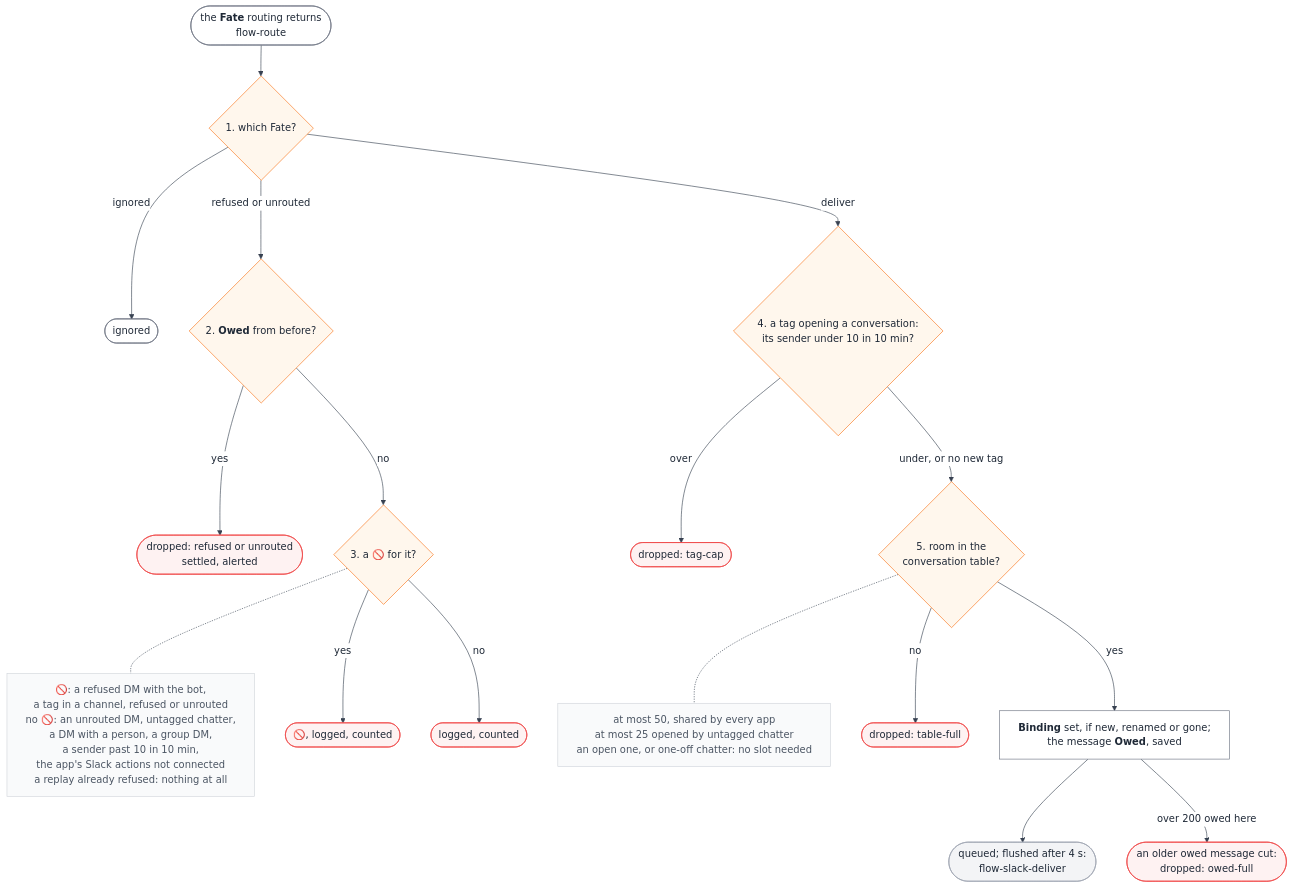
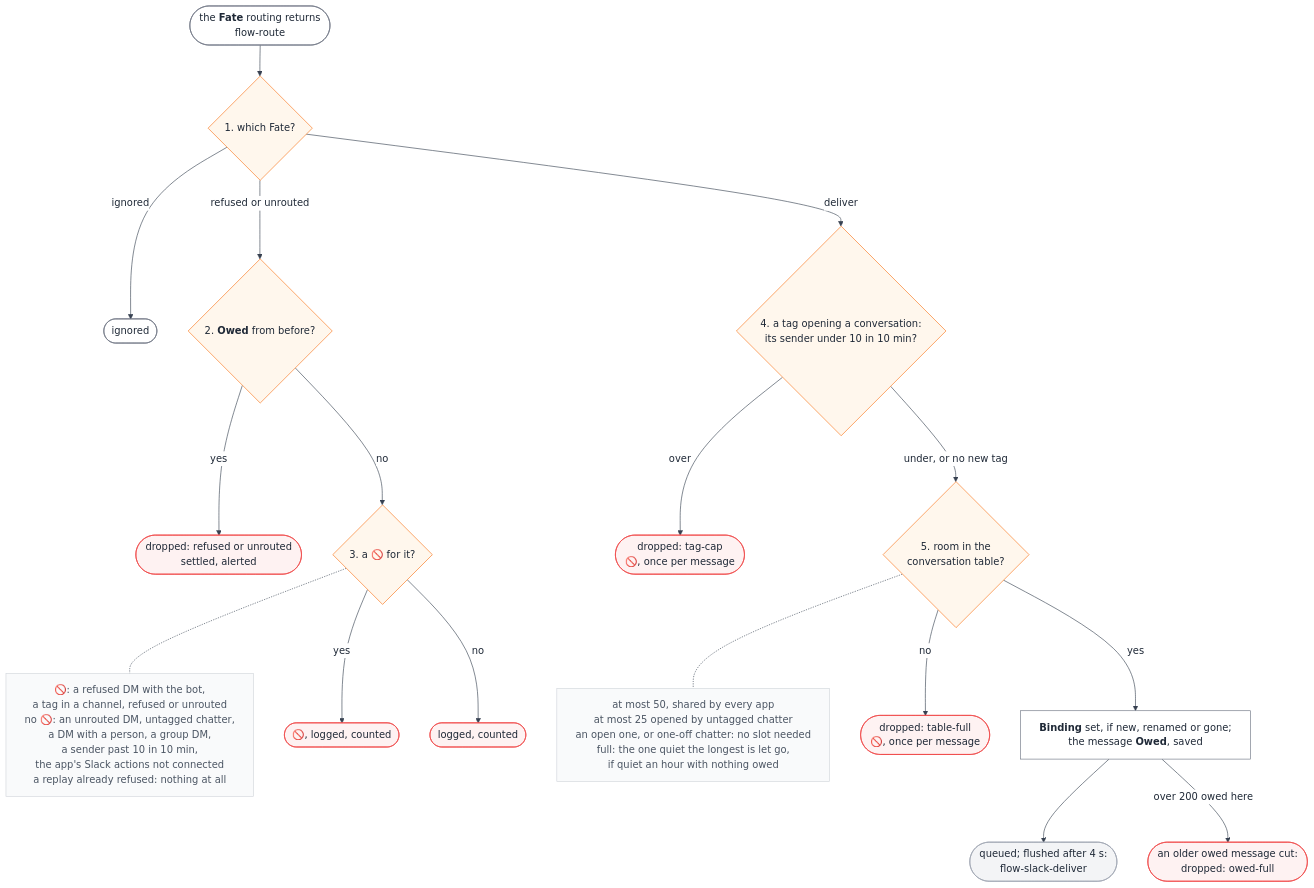
Before and after one commit to sf8193/hydra: the diagram in diagrams/flow-slack-fate.mmd, drawn with Mermaid. The commit also changed 5 other files, not shown here.

First line of the commit message:
Slack: a full conversation table lets go of the one quiet the longest; a dropped tag gets the 🚫

```diff
--- a/diagrams/flow-slack-fate.mmd
+++ b/diagrams/flow-slack-fate.mmd
@@ -1,49 +1,49 @@
 %%{init: {"theme":"base","themeVariables":{"background":"#ffffff","primaryColor":"#ffffff","primaryBorderColor":"#6b7280","primaryTextColor":"#1f2937","lineColor":"#374151","clusterBkg":"#ffffff","clusterBorder":"#d1d5db"},"flowchart":{"wrappingWidth":420,"useMaxWidth":false}}}%%
 %% What does the Slack connector do with each Fate routing returns?
 %% ConversationTable.classify after route(), connectors/slack/watch.ts:834-871; refuse, :954; enqueue, :920.
 %% Before: flow-route. Next: flow-slack-deliver. Every box's source: diagrams/flow-slack-fate.sources.md.
 flowchart TD
   in(["the <b>Fate</b> routing returns<br/>flow-route"])
   g1{"1. which Fate?"}
   ign(["ignored"])
   g2{"2. <b>Owed</b> from before?"}
   rdrop(["dropped: refused or unrouted<br/>settled, alerted"])
   g3{"3. a 🚫 for it?"}
   n3["🚫: a refused DM with the bot,<br/>a tag in a channel, refused or unrouted<br/>no 🚫: an unrouted DM, untagged chatter,<br/>a DM with a person, a group DM,<br/>a sender past 10 in 10 min,<br/>the app's Slack actions not connected<br/>a replay already refused: nothing at all"]
   react(["🚫, logged, counted"])
   quiet(["logged, counted"])
   g4{"4. a tag opening a conversation:<br/>its sender under 10 in 10 min?"}
-  tdrop(["dropped: tag-cap"])
+  tdrop(["dropped: tag-cap<br/>🚫, once per message"])
   g5{"5. room in the<br/>conversation table?"}
-  n5["at most 50, shared by every app<br/>at most 25 opened by untagged chatter<br/>an open one, or one-off chatter: no slot needed"]
-  fdrop(["dropped: table-full"])
+  n5["at most 50, shared by every app<br/>at most 25 opened by untagged chatter<br/>an open one, or one-off chatter: no slot needed<br/>full: the one quiet the longest is let go,<br/>if quiet an hour with nothing owed"]
+  fdrop(["dropped: table-full<br/>🚫, once per message"])
   owe["<b>Binding</b> set, if new, renamed or gone;<br/>the message <b>Owed</b>, saved"]
   cut(["an older owed message cut:<br/>dropped: owed-full"])
   q(["queued; flushed after 4 s:<br/>flow-slack-deliver"])
 
   in --> g1
   g1 -->|ignored| ign
   g1 -->|"refused or unrouted"| g2
   g1 -->|deliver| g4
   g2 -->|yes| rdrop
   g2 -->|no| g3
   g3 -.- n3
   g3 -->|yes| react
   g3 -->|no| quiet
   g4 -->|over| tdrop
   g4 -->|"under, or no new tag"| g5
   g5 -.- n5
   g5 -->|no| fdrop
   g5 -->|yes| owe
   owe --> q
   owe -->|"over 200 owed here"| cut
 
   classDef gate fill:#fff7ed,stroke:#f97316,color:#1f2937
   classDef stop fill:#fef2f2,stroke:#ef4444,color:#1f2937
   classDef wait fill:#f3f4f6,stroke:#9ca3af,color:#1f2937
   classDef done fill:#ecfdf5,stroke:#10b981,color:#1f2937
   classDef note fill:#f9fafb,stroke:#d1d5db,color:#4b5563
   class g1,g2,g3,g4,g5 gate
   class rdrop,react,quiet,tdrop,fdrop,cut stop
   class q wait
   class n3,n5 note
```
